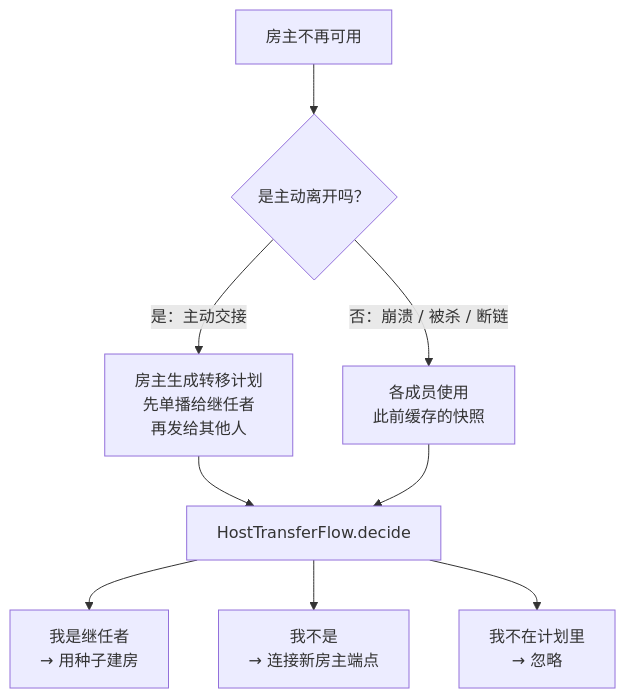
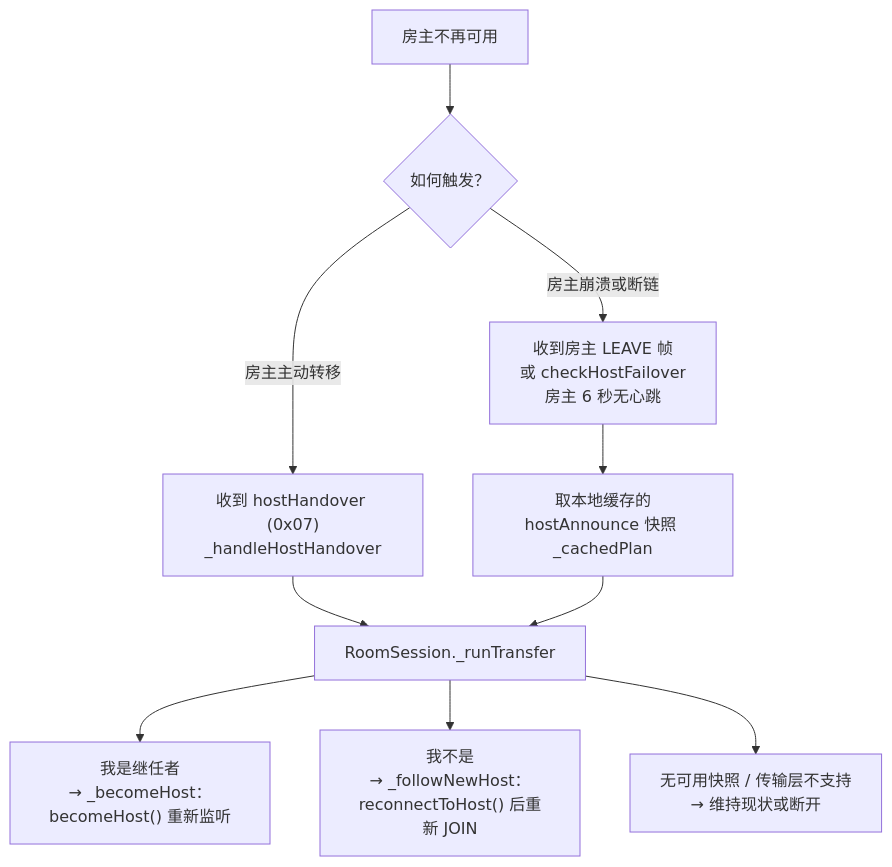
One commit to Starlordzz/sunsetripple changed the diagram in docs/wiki/房主转移机制.md. Above: the diagram before and after it, drawn with Mermaid. The commit also changed other lines of this file and 36 other files, not shown here.

````diff
--- a/docs/wiki/房主转移机制.md
+++ b/docs/wiki/房主转移机制.md
@@ -10,20 +20,22 @@
 ```mermaid
 flowchart TD
     START["房主不再可用"]
-    GRACE{"是主动离开吗？"}
-    PLAN["房主生成转移计划<br/>先单播给继任者<br/>再发给其他人"]
-    SNAP["各成员使用<br/>此前缓存的快照"]
-    DECIDE["HostTransferFlow.decide"]
-    BECOME["我是继任者<br/>→ 用种子建房"]
-    JOIN["我不是<br/>→ 连接新房主端点"]
-    IGNORE["我不在计划里<br/>→ 忽略"]
+    KIND{"如何触发？"}
+    HANDOVER["收到 hostHandover (0x07)<br/>_handleHostHandover"]
+    LEAVE["收到房主 LEAVE 帧<br/>或 checkHostFailover<br/>房主 6 秒无心跳"]
+    PLAN["取本地缓存的<br/>hostAnnounce 快照 _cachedPlan"]
+    RUN["RoomSession._runTransfer"]
+    BECOME["我是继任者<br/>→ _becomeHost：becomeHost() 重新监听"]
+    FOLLOW["我不是<br/>→ _followNewHost：reconnectToHost() 后重新 JOIN"]
+    NONE["无可用快照 / 传输层不支持<br/>→ 维持现状或断开"]
 
-    START --> GRACE
-    GRACE -->|"是：主动交接"| PLAN
-    GRACE -->|"否：崩溃 / 被杀 / 断链"| SNAP
-    PLAN --> DECIDE
-    SNAP --> DECIDE
-    DECIDE --> BECOME
-    DECIDE --> JOIN
-    DECIDE --> IGNORE
+    START --> KIND
+    KIND -->|"房主主动转移"| HANDOVER
+    KIND -->|"房主崩溃或断链"| LEAVE
+    HANDOVER --> RUN
+    LEAVE --> PLAN
+    PLAN --> RUN
+    RUN --> BECOME
+    RUN --> FOLLOW
+    RUN --> NONE
 ```
````
